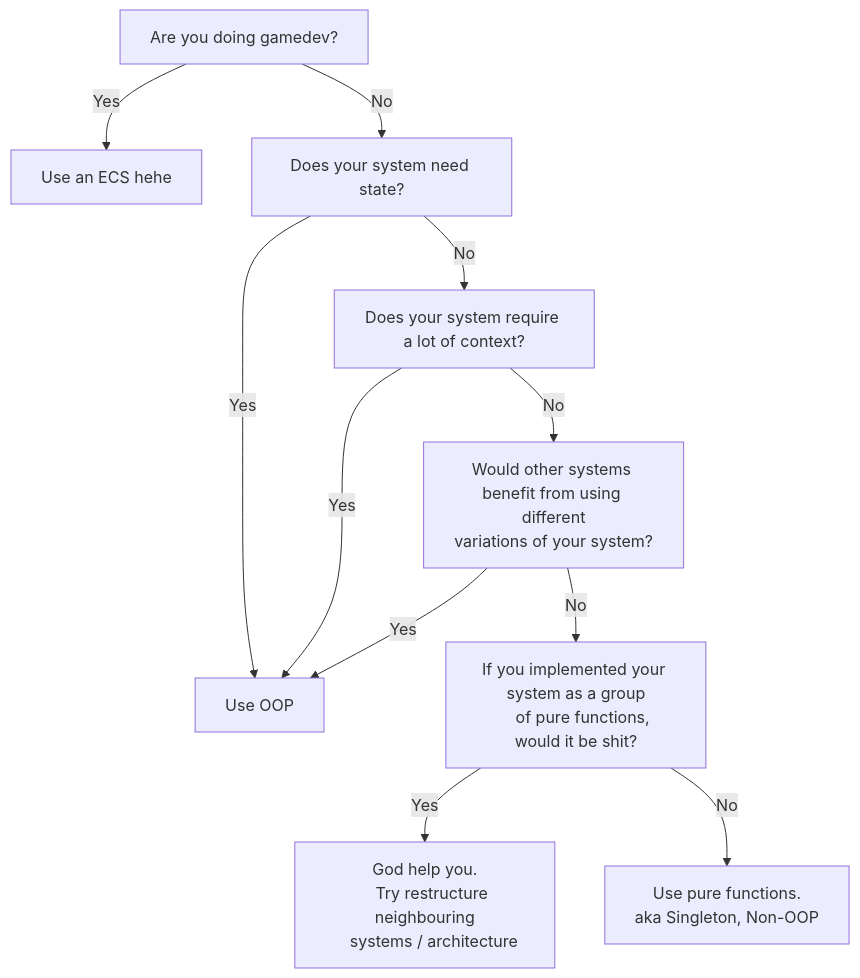
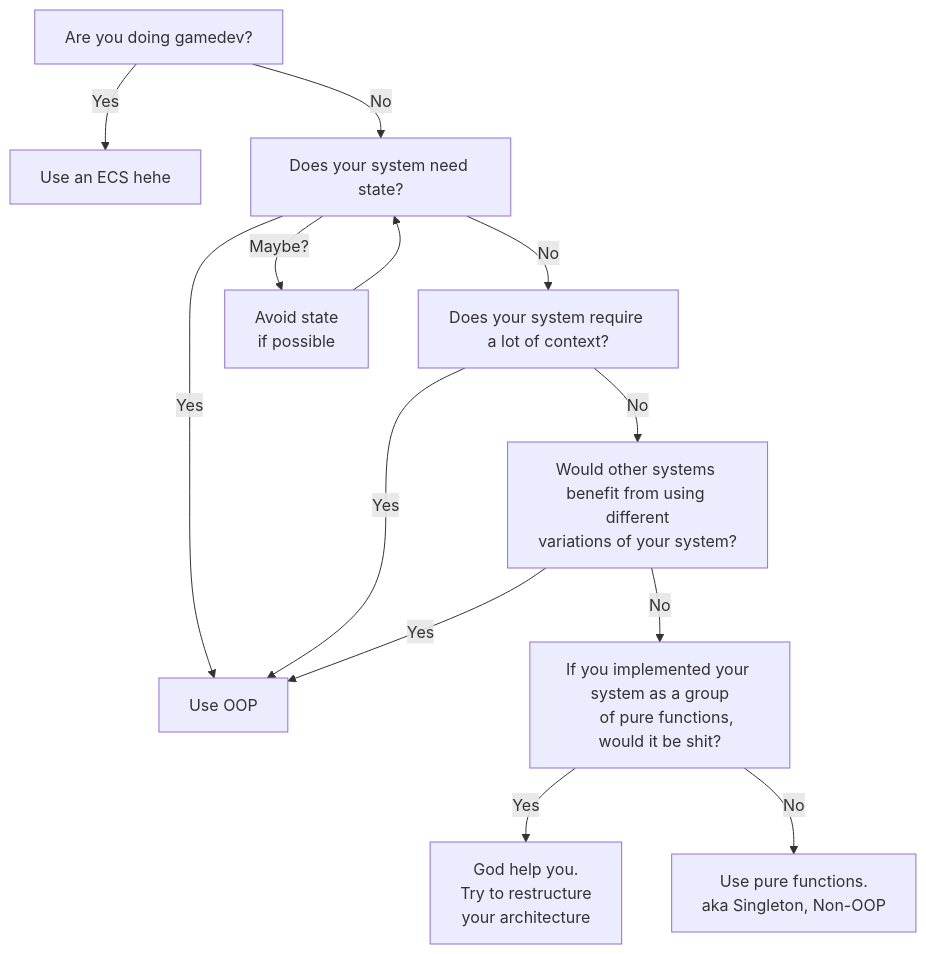
The diagram in blog/2023-11-15_oop.md (UntitledModGame/UntitledModGame.github.io), drawn with Mermaid before and after one commit.

````diff
--- a/blog/2023-11-15_oop.md
+++ b/blog/2023-11-15_oop.md
@@ -22,41 +22,48 @@
 ```mermaid
 flowchart TD
 
 O[Use OOP]
 
 A[Are you doing gamedev?]
 B[Use an ECS hehe]
 C[Does your system need state?]
 D[Does your system require a lot of context?]
 E[Would other systems benefit from using different
 variations of your system?]
 F[If you implemented your system as a group
     of pure functions, would it be shit?]
 
 God[
     God help you.
-    Try restructure neighbouring
-    systems / architecture
+    Try to restructure
+    your architecture
 ]
 
 Nice[Use pure functions.
 aka Singleton, Non-OOP]
 
 
 A --Yes--> B
 A --No --> C
 
 C --Yes--> O
 C --No --> D
 
 D --Yes--> O
 D --No --> E
 
 E --Yes--> O
 E --No --> F
 
 F --Yes--> God
 F --No --> Nice
 
+C -- Maybe? --> State[
+    Avoid state
+    if possible
+]
+
+State --> C
+
 
 ```
````
